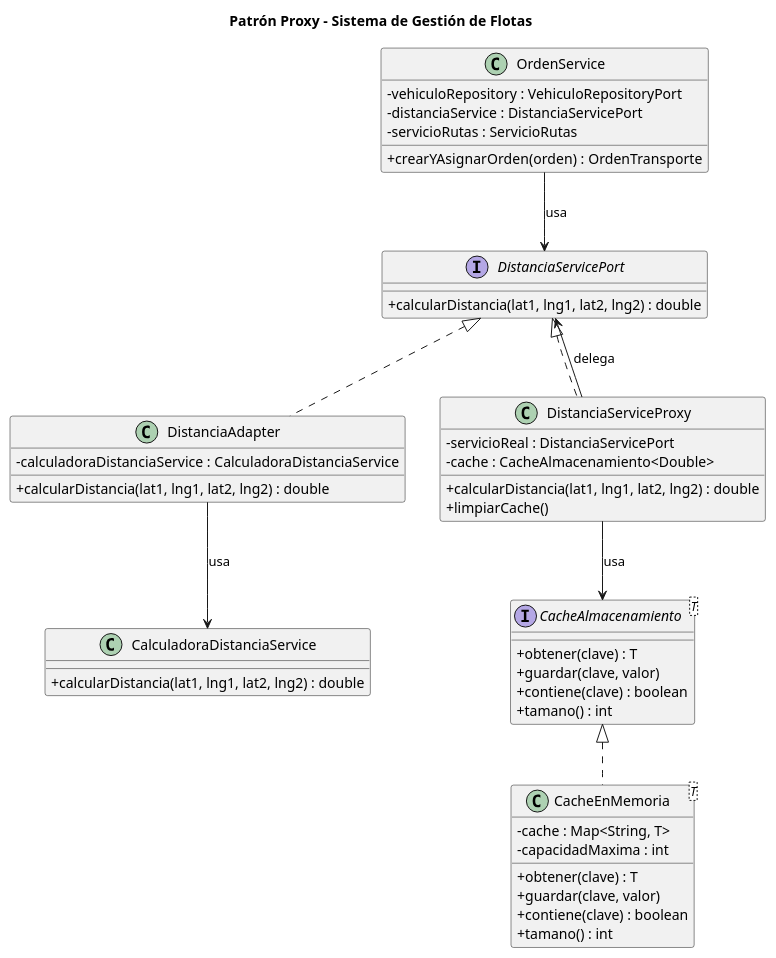
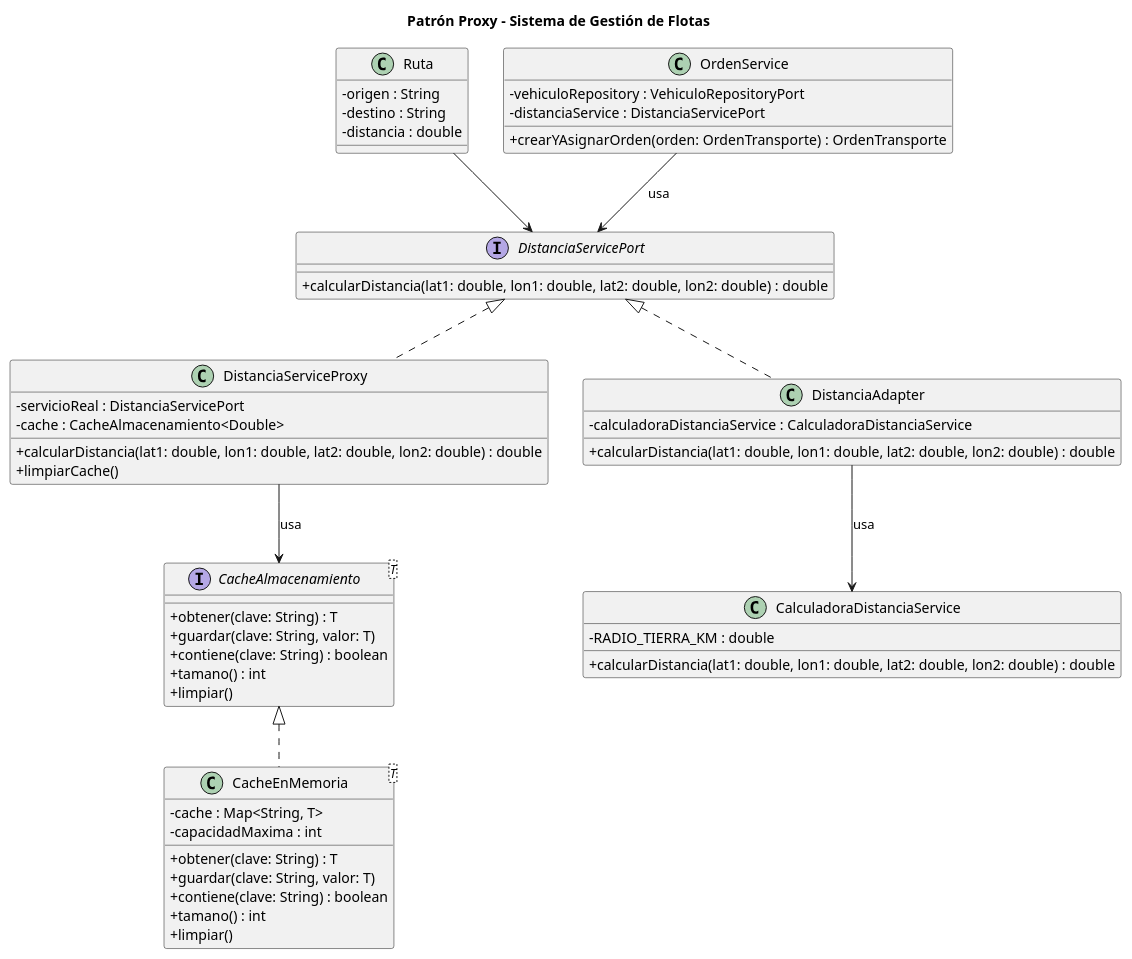
One commit to 3lz0mbr3r0/PatronesSoftware-GestionFlotas changed the diagram in flotasytransportes/UMLsPatrones/UMLProxy.puml. Above: the diagram before and after it, drawn with PlantUML.

Commit message:
UML Proxy v2 actualizado

```diff
--- a/flotasytransportes/UMLsPatrones/UMLProxy.puml
+++ b/flotasytransportes/UMLsPatrones/UMLProxy.puml
@@ -1,59 +1,96 @@
 @startuml
 title Patrón Proxy - Sistema de Gestión de Flotas
-
 skinparam classAttributeIconSize 0
 
+' =========================
+' INTERFAZ (Contrato)
+' =========================
 interface DistanciaServicePort {
-    + calcularDistancia(lat1, lng1, lat2, lng2) : double
+    + calcularDistancia(lat1: double, lon1: double, lat2: double, lon2: double) : double
 }
 
-class CalculadoraDistanciaService {
-    + calcularDistancia(lat1, lng1, lat2, lng2) : double
+' =========================
+' CACHE INTERFAZ
+' =========================
+interface CacheAlmacenamiento<T> {
+    + obtener(clave: String) : T
+    + guardar(clave: String, valor: T)
+    + contiene(clave: String) : boolean
+    + tamano() : int
+    + limpiar()
 }
 
-class DistanciaAdapter {
-    - calculadoraDistanciaService : CalculadoraDistanciaService
-    + calcularDistancia(lat1, lng1, lat2, lng2) : double
+' =========================
+' PROXY CONCRETO
+' =========================
+class DistanciaServiceProxy {
+    - servicioReal : DistanciaServicePort
+    - cache : CacheAlmacenamiento<Double>
+    + calcularDistancia(lat1: double, lon1: double, lat2: double, lon2: double) : double
+    + limpiarCache()
 }
 
-interface CacheAlmacenamiento<T> {
-    + obtener(clave) : T
-    + guardar(clave, valor)
-    + contiene(clave) : boolean
-    + tamano() : int
-}
-
+' =========================
+' CACHE IMPLEMENTACIÓN (LRU)
+' =========================
 class CacheEnMemoria<T> {
     - cache : Map<String, T>
     - capacidadMaxima : int
-    + obtener(clave) : T
-    + guardar(clave, valor)
-    + contiene(clave) : boolean
+    + obtener(clave: String) : T
+    + guardar(clave: String, valor: T)
+    + contiene(clave: String) : boolean
     + tamano() : int
+    + limpiar()
 }
 
-class DistanciaServiceProxy {
-    - servicioReal : DistanciaServicePort
-    - cache : CacheAlmacenamiento<Double>
-    + calcularDistancia(lat1, lng1, lat2, lng2) : double
-    + limpiarCache()
+' =========================
+' ADAPTER (Implementación Real)
+' =========================
+class DistanciaAdapter {
+    - calculadoraDistanciaService : CalculadoraDistanciaService
+    + calcularDistancia(lat1: double, lon1: double, lat2: double, lon2: double) : double
 }
 
+' =========================
+' SERVICIO REAL
+' =========================
+class CalculadoraDistanciaService {
+    - RADIO_TIERRA_KM : double
+    + calcularDistancia(lat1: double, lon1: double, lat2: double, lon2: double) : double
+}
+
+' =========================
+' MODELO
+' =========================
+class Ruta {
+    - origen : String
+    - destino : String
+    - distancia : double
+}
+
+' =========================
+' RELACIONES - Implementación
+' =========================
+DistanciaServicePort <|.. DistanciaServiceProxy
+DistanciaServicePort <|.. DistanciaAdapter
+CacheAlmacenamiento <|.. CacheEnMemoria
+
+' =========================
+' RELACIONES - Uso
+' =========================
+DistanciaServiceProxy --> CacheAlmacenamiento : usa
+DistanciaAdapter --> CalculadoraDistanciaService : usa
+
+' =========================
+' CLIENTE (Usa el Proxy)
+' =========================
 class OrdenService {
     - vehiculoRepository : VehiculoRepositoryPort
     - distanciaService : DistanciaServicePort
-    - servicioRutas : ServicioRutas
-    + crearYAsignarOrden(orden) : OrdenTransporte
+    + crearYAsignarOrden(orden: OrdenTransporte) : OrdenTransporte
 }
 
-DistanciaServicePort <|.. DistanciaAdapter
-DistanciaServicePort <|.. DistanciaServiceProxy
-
-CacheAlmacenamiento <|.. CacheEnMemoria
-
-DistanciaAdapter --> CalculadoraDistanciaService : usa
-DistanciaServiceProxy --> DistanciaServicePort : delega
-DistanciaServiceProxy --> CacheAlmacenamiento : usa
 OrdenService --> DistanciaServicePort : usa
+Ruta --> DistanciaServicePort
 
 @enduml
```
